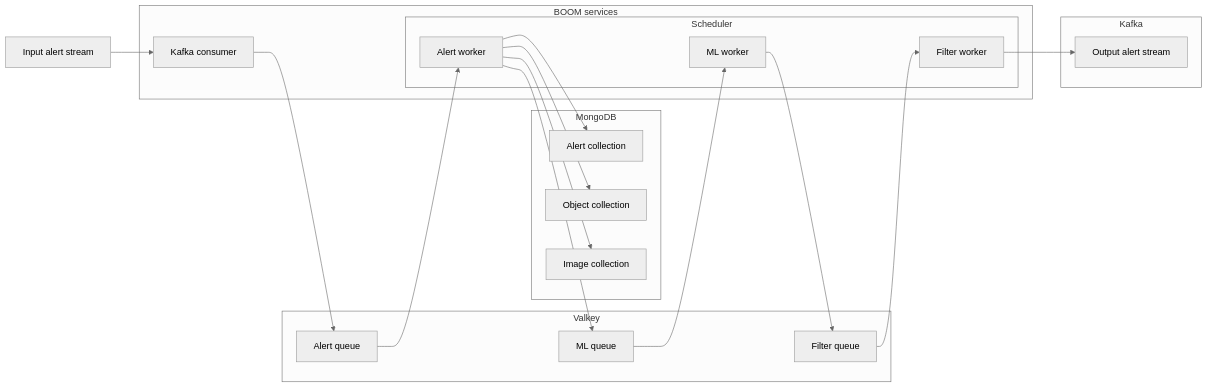
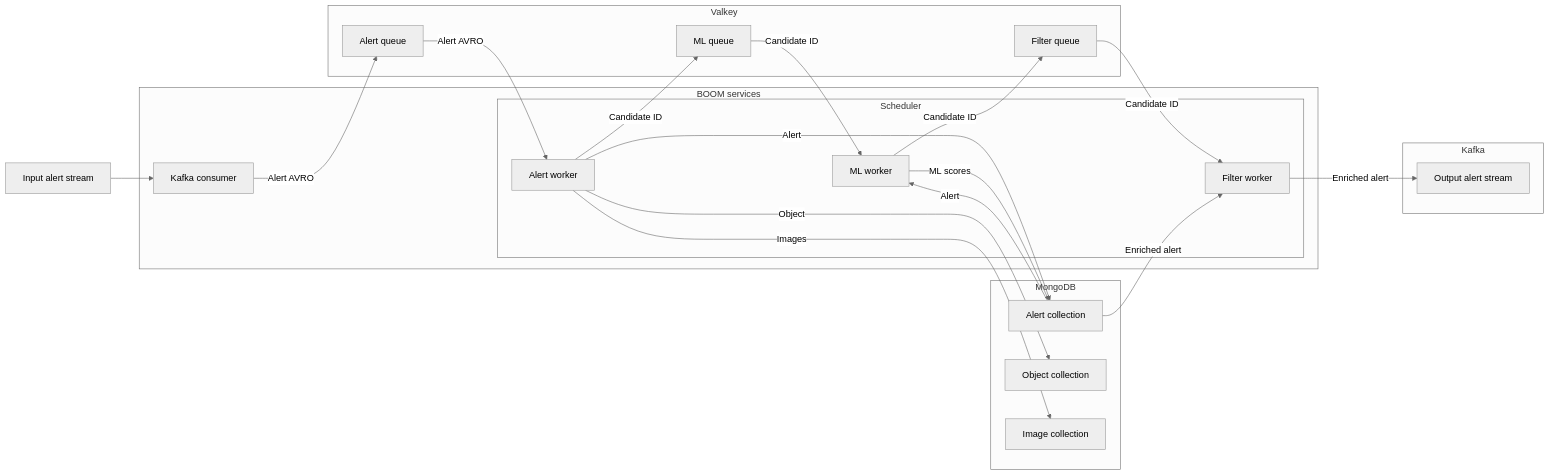
Before and after one commit to boom-astro/boom: the diagram in docs/alert-processing.md, drawn with Mermaid (neutral theme). The commit also changed other lines of this file, not shown here.

Commit message:
Add labels

````diff
--- a/docs/alert-processing.md
+++ b/docs/alert-processing.md
@@ -23,42 +23,45 @@
 ```mermaid
 graph LR
 
     Input[Input alert stream]
 
     subgraph Kafka
         Output[Output alert stream]
     end
 
     subgraph Valkey
         AlertQueue[Alert queue]
         MLQueue[ML queue]
         FilterQueue[Filter queue]
     end
 
     subgraph MongoDB
         AlertCollection[Alert collection]
         ObjectCollection[Object collection]
         ImageCollection[Image collection]
     end
 
     subgraph BOOM services
         KafkaConsumer[Kafka consumer]
         subgraph Scheduler
             AlertWorker[Alert worker]
             MLWorker[ML worker]
             FilterWorker[Filter worker]
         end
     end
 
     Input --> KafkaConsumer
-    KafkaConsumer --> AlertQueue
-    AlertQueue --> AlertWorker
-    AlertWorker --> MLQueue
-    AlertWorker --> AlertCollection
-    AlertWorker --> ObjectCollection
-    AlertWorker --> ImageCollection
-    MLQueue --> MLWorker
-    MLWorker --> FilterQueue
-    FilterQueue --> FilterWorker
-    FilterWorker --> Output
+    KafkaConsumer -- Alert AVRO --> AlertQueue
+    AlertQueue -- Alert AVRO --> AlertWorker
+    AlertWorker -- Candidate ID --> MLQueue
+    AlertWorker -- Alert --> AlertCollection
+    AlertWorker -- Object --> ObjectCollection
+    AlertWorker -- Images --> ImageCollection
+    MLQueue -- Candidate ID --> MLWorker
+    MLWorker -- Candidate ID --> FilterQueue
+    AlertCollection -- Alert --> MLWorker
+    MLWorker -- ML scores --> AlertCollection
+    FilterQueue -- Candidate ID --> FilterWorker
+    AlertCollection -- Enriched alert --> FilterWorker
+    FilterWorker -- Enriched alert --> Output
 ```
````
